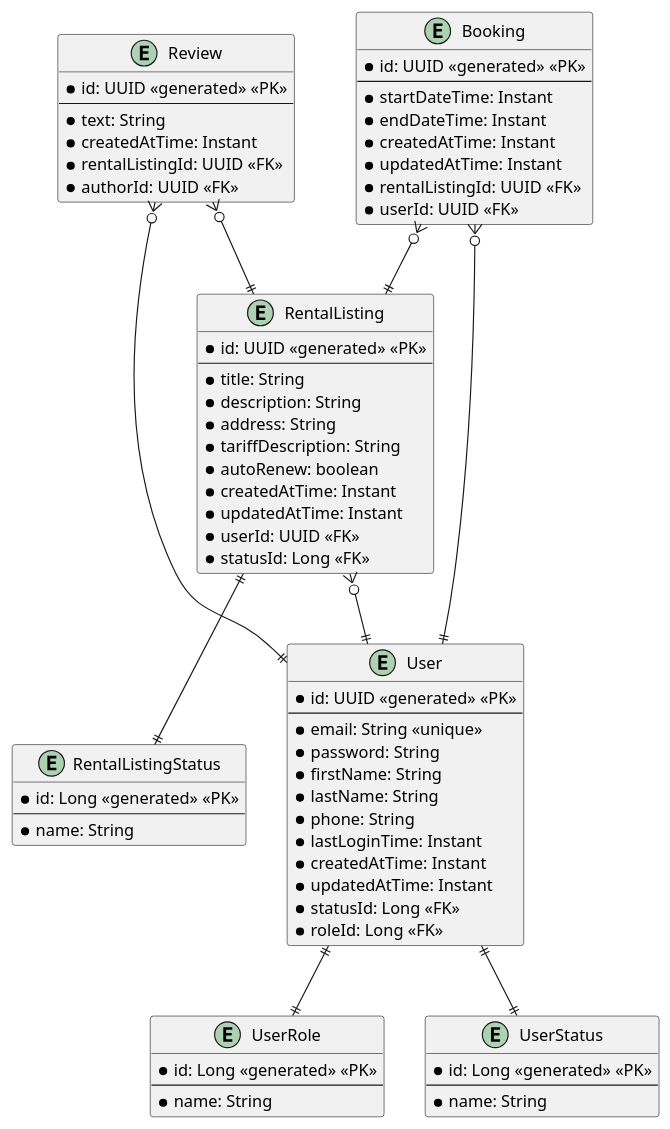
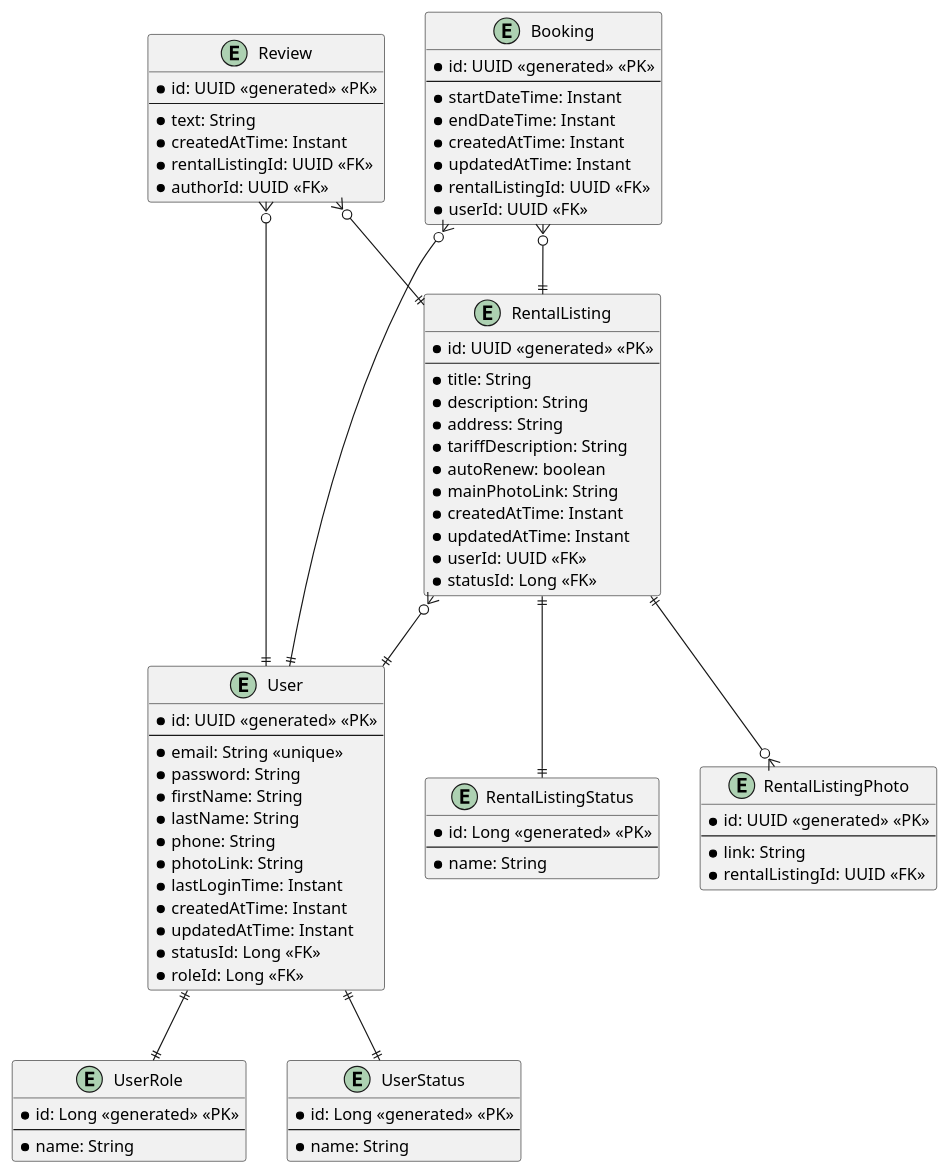
Before and after one commit to ruska112x/rentify-diploma: the diagram in misc/database-minimal.puml, drawn with PlantUML.

Commit message:
feat: add photo fields in ERD

```diff
--- a/misc/database-minimal.puml
+++ b/misc/database-minimal.puml
@@ -1,94 +1,104 @@
 @startuml database
 allow_mixing
 
 scale max 1920 width
 scale max 1080 height
 
 left to right direction
 top to bottom direction
 
 
 entity "User" as user {
     * id: UUID <<generated>> <<PK>>
     ---
     * email: String <<unique>>
     * password: String
     * firstName: String
     * lastName: String
     * phone: String
+    * photoLink: String
     * lastLoginTime: Instant
     * createdAtTime: Instant
     * updatedAtTime: Instant
     * statusId: Long <<FK>>
     * roleId: Long <<FK>>
 }
 
 ' USER, ADMIN, MODERATOR
 entity "UserRole" as userRole {
     * id: Long <<generated>> <<PK>>
     ---
     * name: String
 }
 
 ' ACTIVE, BLOCKED, DELETED
 entity "UserStatus" as userStatus {
     * id: Long <<generated>> <<PK>>
     ---
     * name: String
 }
 
 entity "RentalListing" as rentalListing {
     * id: UUID <<generated>> <<PK>>
     ---
     * title: String
     * description: String
     * address: String
     * tariffDescription: String
     * autoRenew: boolean
+    * mainPhotoLink: String
     * createdAtTime: Instant
     * updatedAtTime: Instant
     * userId: UUID <<FK>>
     * statusId: Long <<FK>>
 }
 
 ' ACTIVE, BLOCKED, ONDELETION, DELETED
 entity "RentalListingStatus" as rentalListingStatus {
     * id: Long <<generated>> <<PK>>
     ---
     * name: String
+}
+
+entity "RentalListingPhoto" as rentalListingPhoto {
+    * id: UUID <<generated>> <<PK>>
+    ---
+    * link: String
+    * rentalListingId: UUID <<FK>>
 }
 
 entity "Booking" as booking {
     * id: UUID <<generated>> <<PK>>
     ---
     * startDateTime: Instant
     * endDateTime: Instant
     * createdAtTime: Instant
     * updatedAtTime: Instant
     * rentalListingId: UUID <<FK>>
     * userId: UUID <<FK>>
 }
 
 entity "Review" as review {
     * id: UUID <<generated>> <<PK>>
     ---
     * text: String
     * createdAtTime: Instant
     * rentalListingId: UUID <<FK>>
     * authorId: UUID <<FK>>
 }
 
 user ||--|| userRole
 user ||--|| userStatus
 
 rentalListing }o--|| user
 rentalListing ||--|| rentalListingStatus
+rentalListing ||--o{ rentalListingPhoto
 
 booking }o--|| rentalListing
 booking }o--|| user
 
 review }o--|| user
 review }o--|| rentalListing
 
 
 @enduml
```
